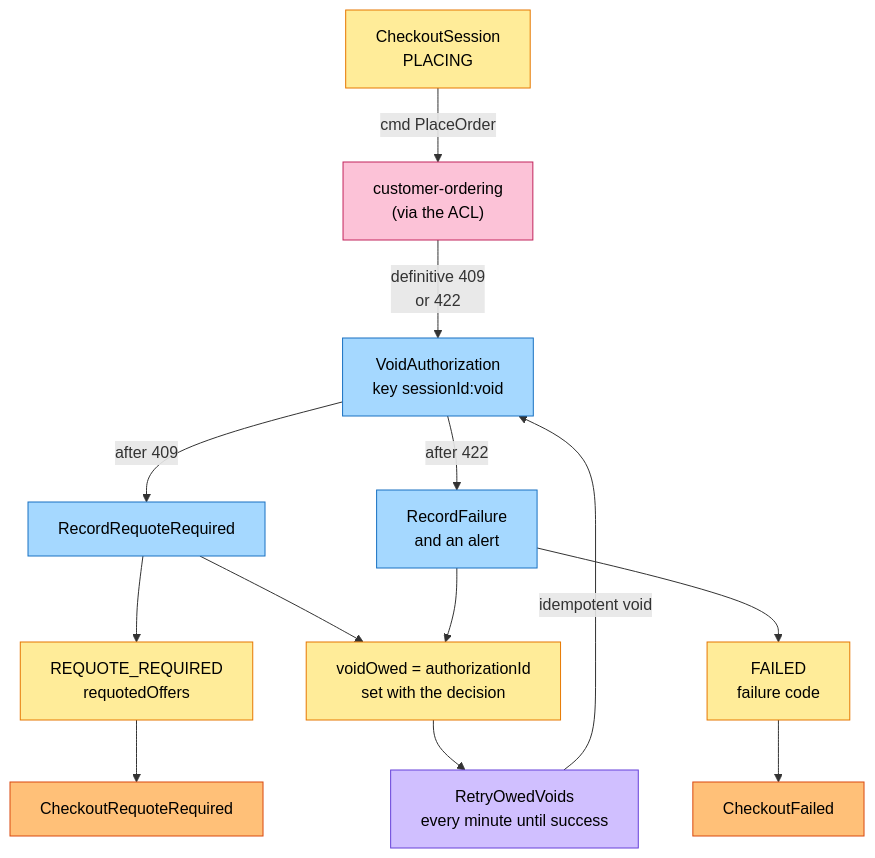
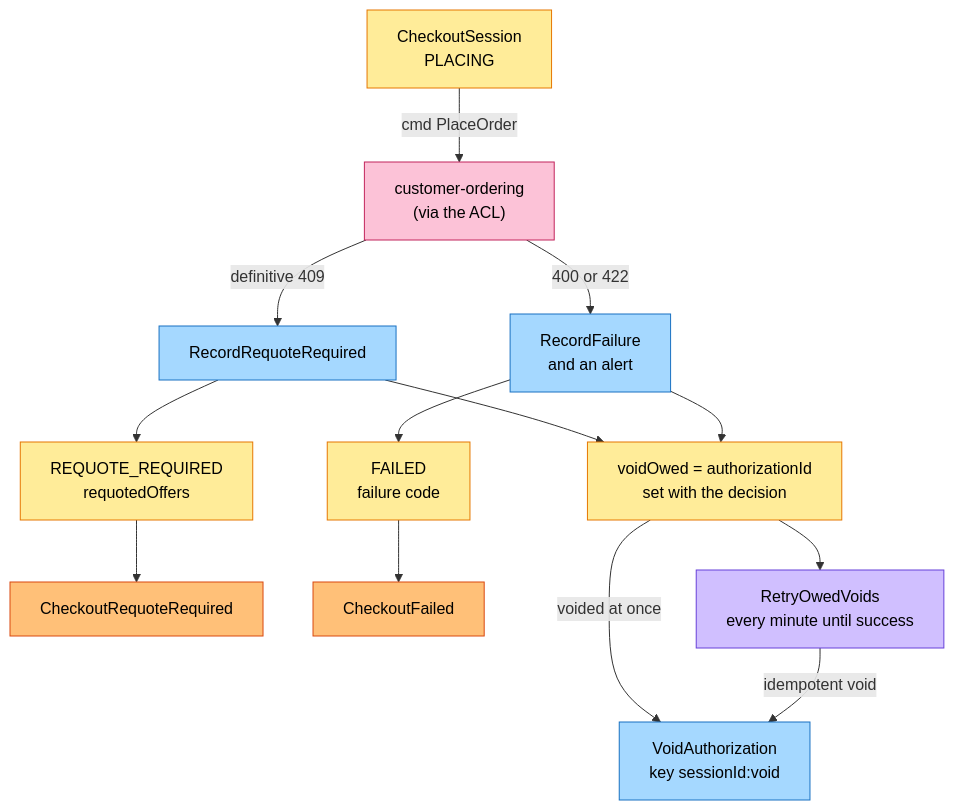
One commit to IQVO/checkout changed the fourth of 6 diagrams in docs/docs/ddd/eventstorming.md. Above: the diagram before and after it, drawn with Mermaid. The commit also changed other lines of this file and 8 other files, not shown here.

````diff
--- a/docs/docs/ddd/eventstorming.md
+++ b/docs/docs/ddd/eventstorming.md
@@ -175,34 +177,34 @@
 ```mermaid
 flowchart TB
     PL["CheckoutSession<br/>PLACING"]:::aggregate
     CO["customer-ordering<br/>(via the ACL)"]:::external
     V["VoidAuthorization<br/>key sessionId:void"]:::command
     C5["RecordRequoteRequired"]:::command
     G4["REQUOTE_REQUIRED<br/>requotedOffers"]:::aggregate
     E3["CheckoutRequoteRequired"]:::event
     C6["RecordFailure<br/>and an alert"]:::command
     G5["FAILED<br/>failure code"]:::aggregate
     E4["CheckoutFailed"]:::event
     OW["voidOwed = authorizationId<br/>set with the decision"]:::aggregate
     P4["RetryOwedVoids<br/>every minute until success"]:::policy
 
     PL -->|"cmd PlaceOrder"| CO
-    CO -->|"definitive 409<br/>or 422"| V
-    V -->|"after 409"| C5
-    V -->|"after 422"| C6
+    CO -->|"definitive 409"| C5
+    CO -->|"400 or 422"| C6
     C5 --> G4
     G4 --> E3
     C6 --> G5
     G5 --> E4
     C5 --> OW
     C6 --> OW
+    OW -->|"voided at once"| V
     OW --> P4
     P4 -->|"idempotent void"| V
 
     classDef actor fill:#fff59d,stroke:#b59f00,color:#000
     classDef command fill:#a5d8ff,stroke:#1971c2,color:#000
     classDef aggregate fill:#ffec99,stroke:#e67700,color:#000
     classDef event fill:#ffc078,stroke:#d9480f,color:#000
     classDef policy fill:#d0bfff,stroke:#6741d9,color:#000
     classDef external fill:#fcc2d7,stroke:#c2255c,color:#000
 ```
````
